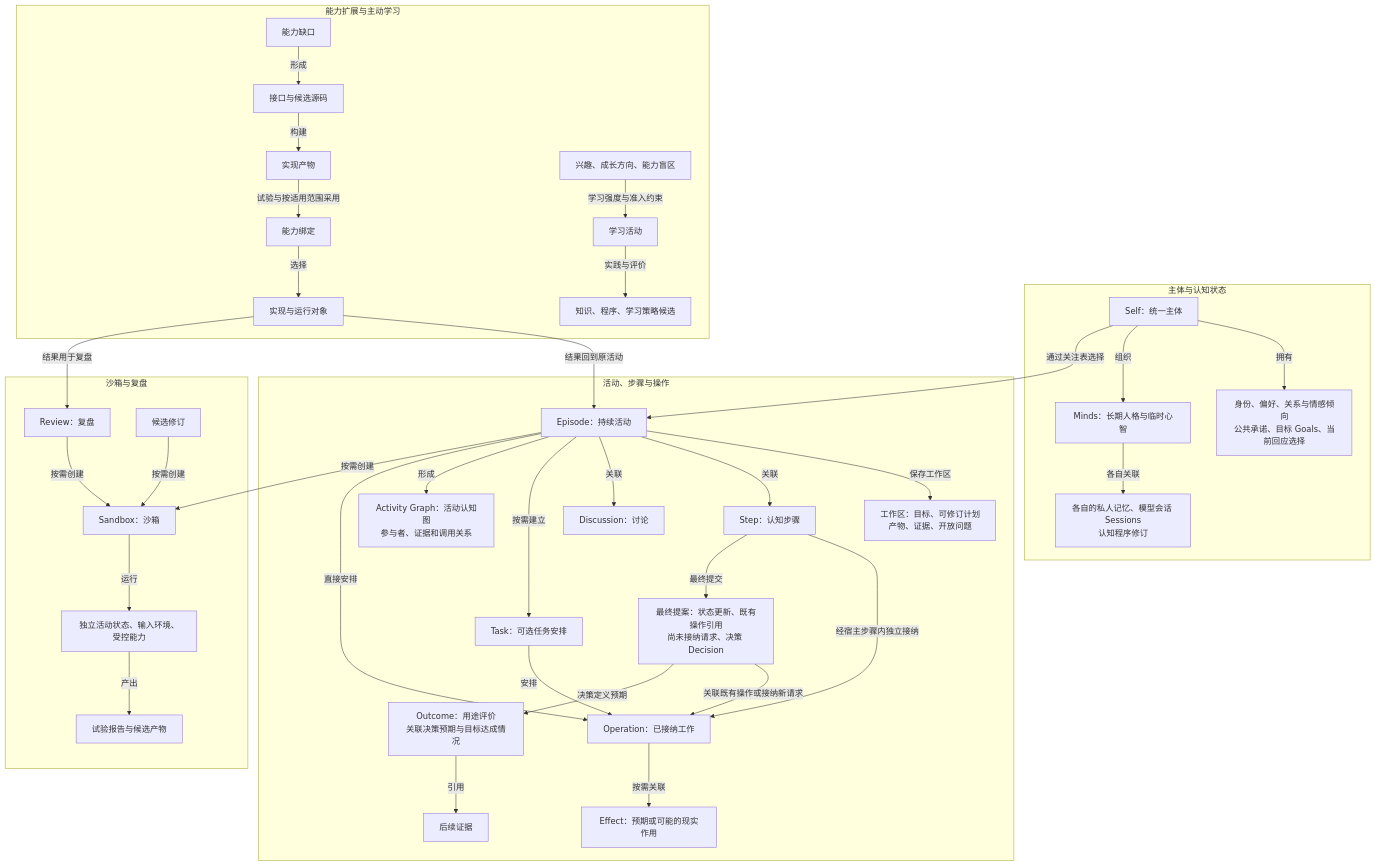
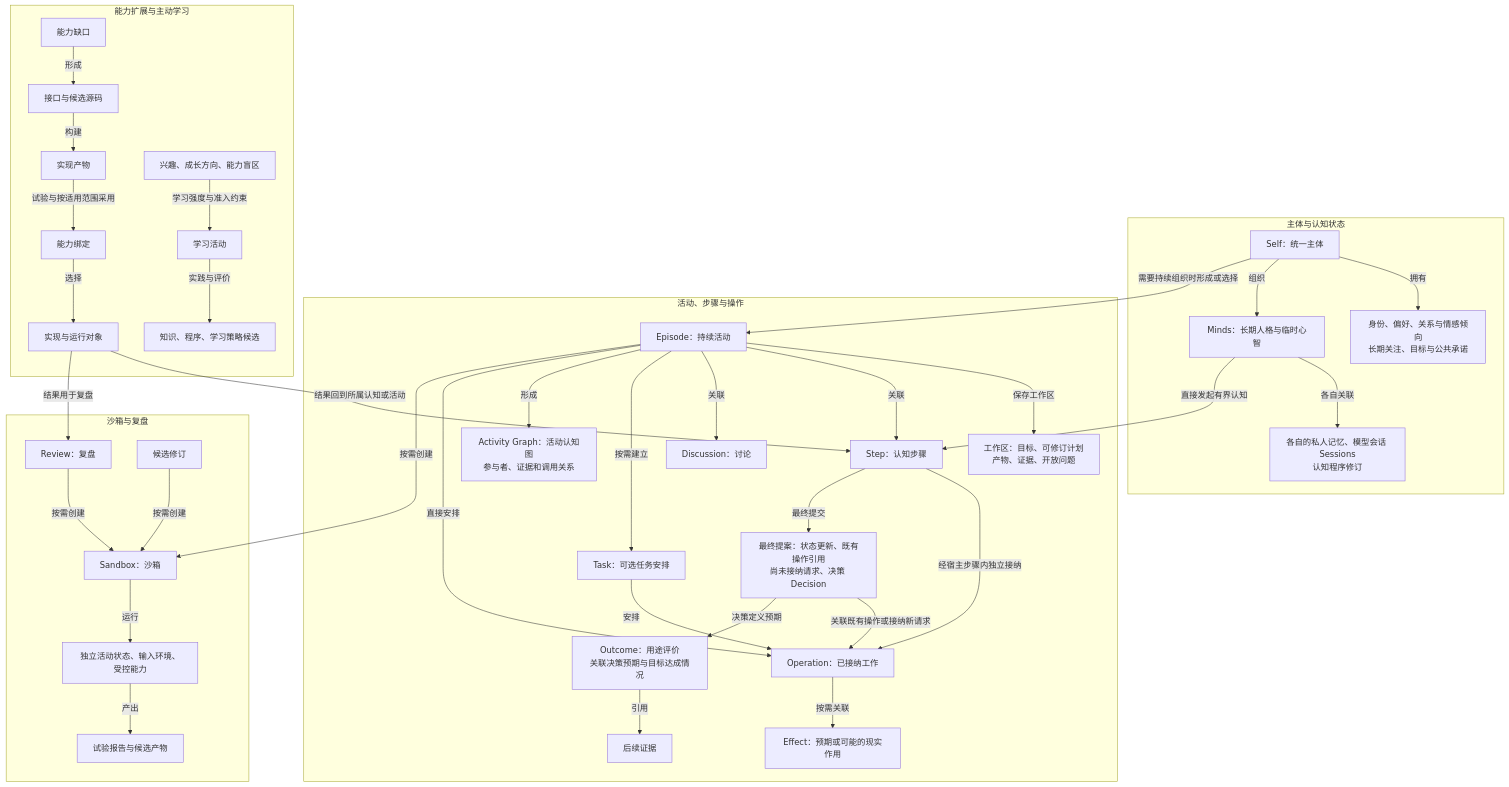
One commit to d7z-project/TinyAGI changed the ninth of 13 diagrams in DESIGN.md. Above: the diagram before and after it, drawn with Mermaid. The commit also changed other lines of this file and 30 other files, not shown here.

````diff
--- a/DESIGN.md
+++ b/DESIGN.md
@@ -419,73 +414,74 @@
 ```mermaid
 flowchart TB
     subgraph Subject["主体与认知状态"]
         Self["Self：统一主体"]
-        Shared["身份、偏好、关系与情感倾向<br/>公共承诺、目标 Goals、当前回应选择"]
+        Shared["身份、偏好、关系与情感倾向<br/>长期关注、目标与公共承诺"]
         Minds["Minds：长期人格与临时心智"]
         Private["各自的私人记忆、模型会话 Sessions<br/>认知程序修订"]
         Self -->|"拥有"| Shared
         Self -->|"组织"| Minds
         Minds -->|"各自关联"| Private
     end
 
     subgraph Activity["活动、步骤与操作"]
         Episode["Episode：持续活动"]
         Workspace["工作区：目标、可修订计划<br/>产物、证据、开放问题"]
         Step["Step：认知步骤"]
         Discussion["Discussion：讨论"]
         Task["Task：可选任务安排"]
         Graph["Activity Graph：活动认知图<br/>参与者、证据和调用关系"]
         Proposal["最终提案：状态更新、既有操作引用<br/>尚未接纳请求、决策 Decision"]
         Operation["Operation：已接纳工作"]
         Effect["Effect：预期或可能的现实作用"]
         Outcome["Outcome：用途评价<br/>关联决策预期与目标达成情况"]
         Evidence["后续证据"]
         Episode -->|"保存工作区"| Workspace
         Episode -->|"关联"| Step
         Episode -->|"关联"| Discussion
         Episode -->|"按需建立"| Task
         Episode -->|"形成"| Graph
         Episode -->|"直接安排"| Operation
         Task -->|"安排"| Operation
         Step -->|"经宿主步骤内独立接纳"| Operation
         Step -->|"最终提交"| Proposal
         Proposal -->|"关联既有操作或接纳新请求"| Operation
         Operation -->|"按需关联"| Effect
         Proposal -->|"决策定义预期"| Outcome
         Outcome -->|"引用"| Evidence
     end
 
     subgraph Evaluation["沙箱与复盘"]
         Review["Review：复盘"]
         Candidate["候选修订"]
         Sandbox["Sandbox：沙箱"]
         Trial["独立活动状态、输入环境、受控能力"]
         Report["试验报告与候选产物"]
         Review -->|"按需创建"| Sandbox
         Candidate -->|"按需创建"| Sandbox
         Sandbox -->|"运行"| Trial
         Trial -->|"产出"| Report
     end
 
     subgraph Extension["能力扩展与主动学习"]
         Gap["能力缺口"]
         Source["接口与候选源码"]
         Artifact["实现产物"]
         Binding["能力绑定"]
         Implementation["实现与运行对象"]
         Interest["兴趣、成长方向、能力盲区"]
         Learning["学习活动"]
         LearningResult["知识、程序、学习策略候选"]
         Gap -->|"形成"| Source
         Source -->|"构建"| Artifact
         Artifact -->|"试验与按适用范围采用"| Binding
         Binding -->|"选择"| Implementation
         Interest -->|"学习强度与准入约束"| Learning
         Learning -->|"实践与评价"| LearningResult
     end
 
-    Self -->|"通过关注表选择"| Episode
+    Minds -->|"直接发起有界认知"| Step
+    Self -->|"需要持续组织时形成或选择"| Episode
     Episode -->|"按需创建"| Sandbox
-    Implementation -->|"结果回到原活动"| Episode
+    Implementation -->|"结果回到所属认知或活动"| Step
     Implementation -->|"结果用于复盘"| Review
 ```
````
